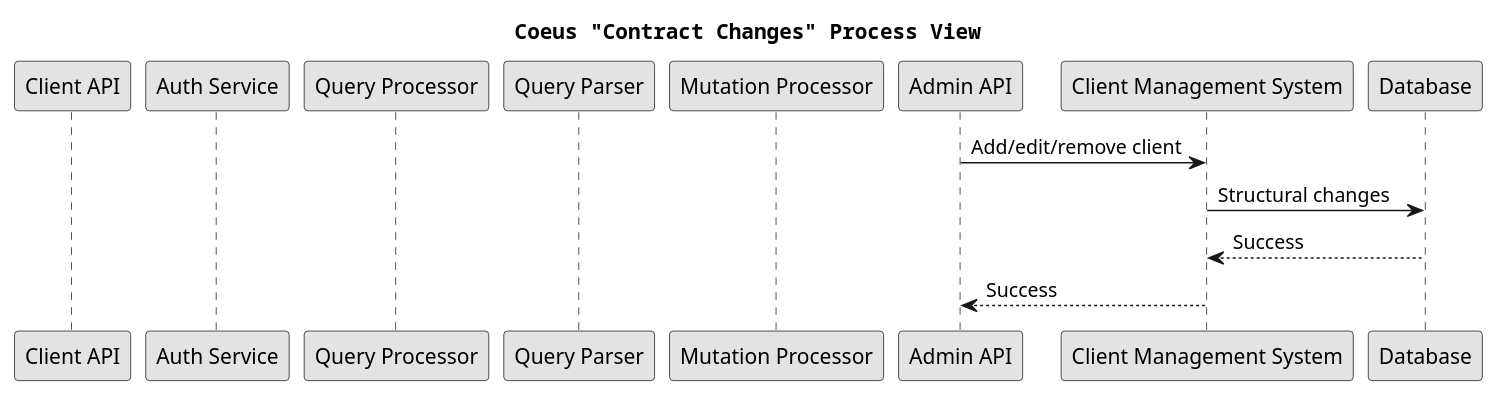
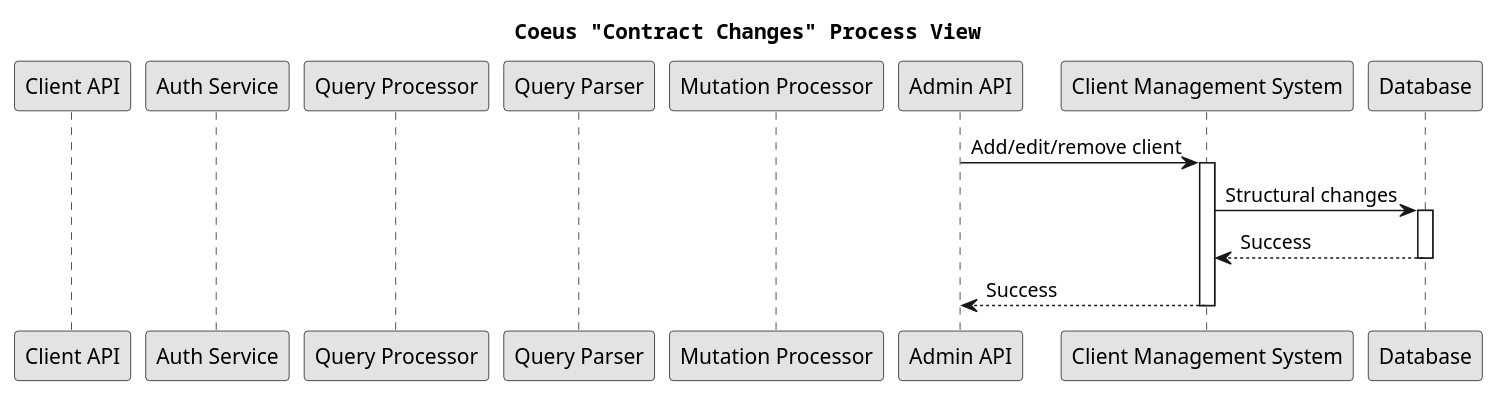
Diagram 17 of 17 in src/sa/model/index.md (USI-MSDE-SA-2022/software-architecture-model-Annonymus-v02), drawn with PlantUML before and after one commit. The commit also changed other lines of this file and 1 other file, not shown here.

````diff
--- a/src/sa/model/index.md
+++ b/src/sa/model/index.md
@@ -789,23 +793,24 @@
 ```puml
 @startuml
 title Coeus "Contract Changes" Process View
+autoactivate on
 
 participant "Client API" as CAPI
 participant "Auth Service" as AUTH
 participant "Query Processor" as PROC
 participant "Query Parser" as PARSE
 participant "Mutation Processor" as MUT
 participant "Admin API" as ADM_API
 participant "Client Management System" as ADM
 participant "Database" as DB
 
 ADM_API -> ADM: Add/edit/remove client
 ADM -> DB: Structural changes
-ADM <-- DB: Success
-ADM_API <-- ADM: Success
+return Success
+return  Success
 
 skinparam monochrome true
 skinparam shadowing false
 skinparam defaultFontName Courier
 @enduml
 ```
````
